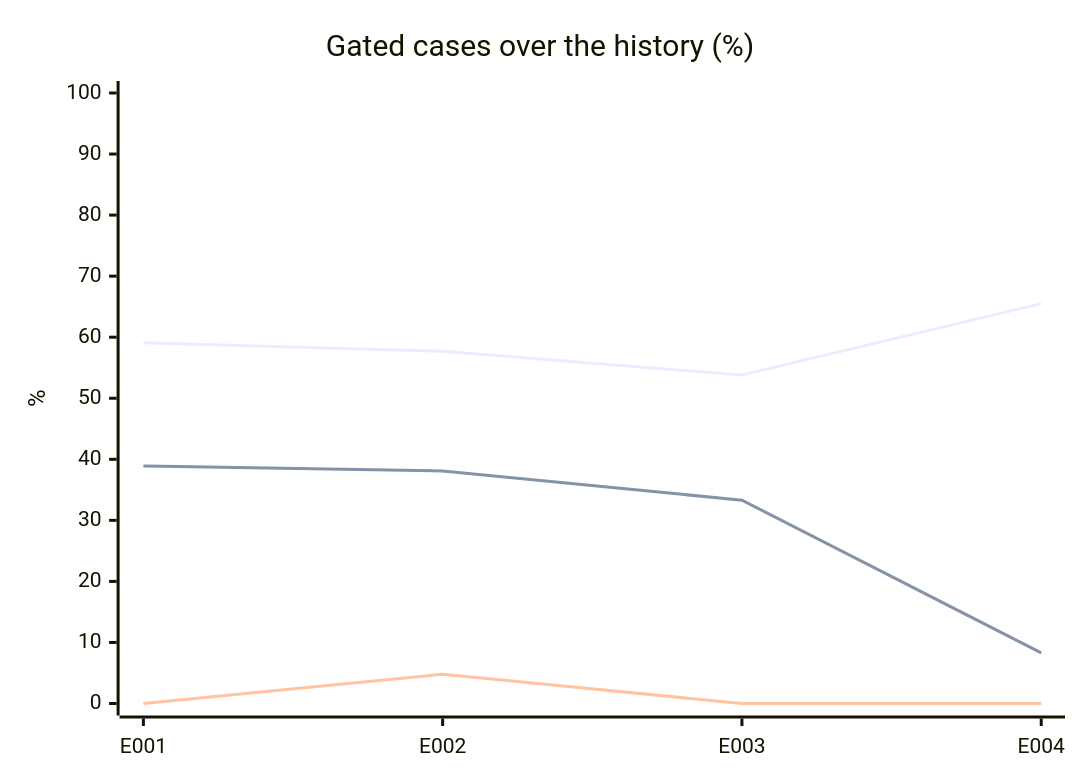
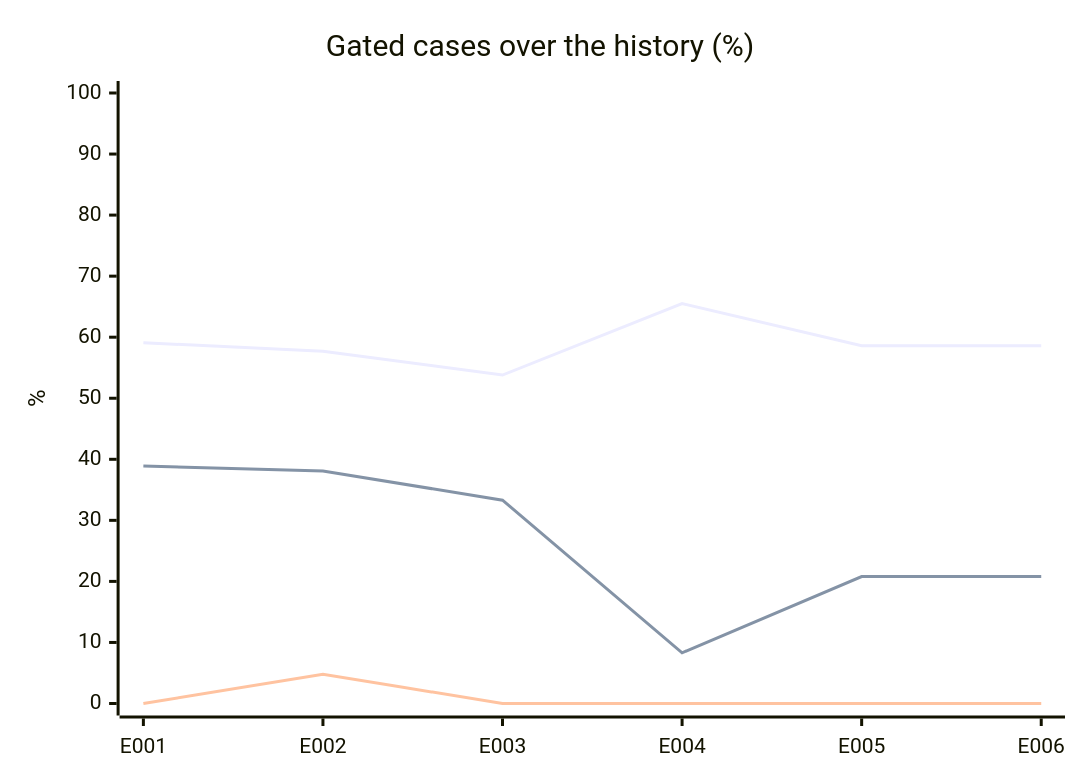
The diagram in evals/report.md (acarbonellb/anti-fraud-agent), drawn with Mermaid before and after one commit. The commit also changed other lines of this file and 61 other files, not shown here.

````diff
--- a/evals/report.md
+++ b/evals/report.md
@@ -39,9 +41,9 @@
 ```mermaid
 xychart-beta
   title "Gated cases over the history (%)"
-  x-axis [E001, E002, E003, E004]
+  x-axis [E001, E002, E003, E004, E005, E006]
   y-axis "%" 0 --> 100
-  line [59.1, 57.7, 53.8, 65.5]
-  line [38.9, 38.1, 33.3, 8.3]
-  line [0, 4.8, 0, 0]
+  line [59.1, 57.7, 53.8, 65.5, 58.6, 58.6]
+  line [38.9, 38.1, 33.3, 8.3, 20.8, 20.8]
+  line [0, 4.8, 0, 0, 0, 0]
 ```
````
